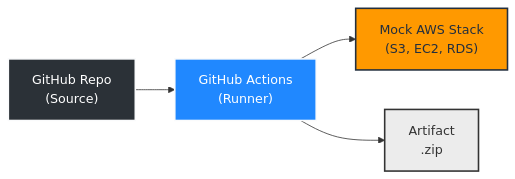
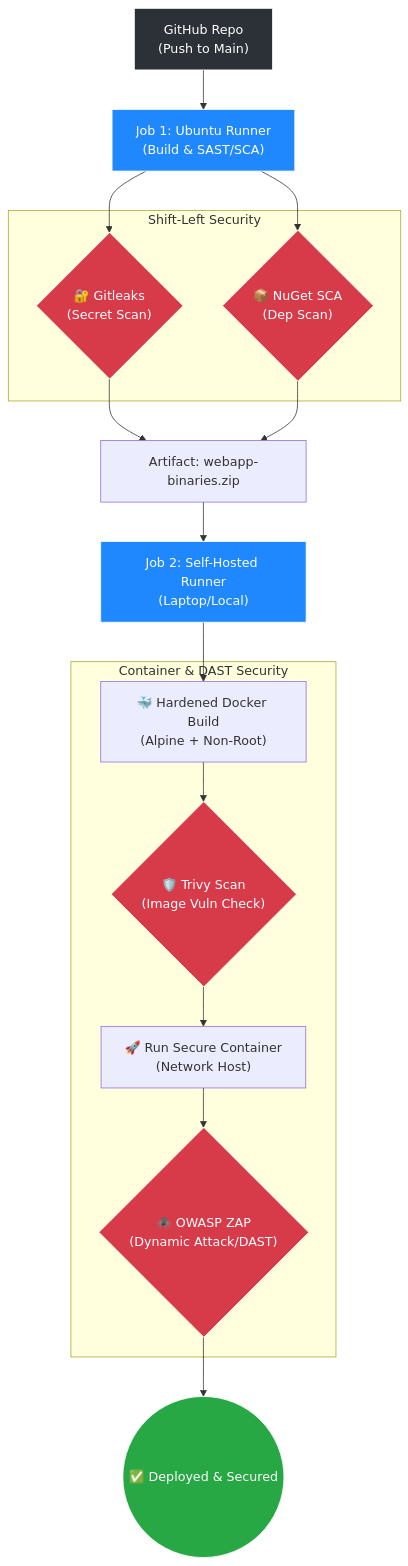
One commit to lukmanulhakimdevops/devops_practical_test_ministack-local-ci-cd-aws-mock changed the diagram in README.md. Above: the diagram before and after it, drawn with Mermaid. The commit also changed other lines of this file, not shown here.

````diff
--- a/README.md
+++ b/README.md
@@ -43,12 +38,34 @@
 ```mermaid
-flowchart LR
-    A["GitHub Repo<br>(Source)"] --> B["GitHub Actions<br>(Runner)"]
-    B --> C["Mock AWS Stack<br>(S3, EC2, RDS)"]
-    B --> D["Artifact<br>.zip"]
+flowchart TD
+    A["GitHub Repo<br>(Push to Main)"] --> B["Job 1: Ubuntu Runner<br>(Build & SAST/SCA)"]
+    
+    subgraph Security_Layer_1_2 [Shift-Left Security]
+        C{"🔐 Gitleaks<br>(Secret Scan)"} 
+        D{"📦 NuGet SCA<br>(Dep Scan)"}
+    end
+    
+    B --> C & D
+    C & D --> E["Artifact: webapp-binaries.zip"]
+    
+    E --> F["Job 2: Self-Hosted Runner<br>(Laptop/Local)"]
+    
+    subgraph Security_Layer_3_4_5 [Container & DAST Security]
+        G["🐳 Hardened Docker Build<br>(Alpine + Non-Root)"]
+        H{"🛡️ Trivy Scan<br>(Image Vuln Check)"}
+        I["🚀 Run Secure Container<br>(Network Host)"]
+        J{"🕷️ OWASP ZAP<br>(Dynamic Attack/DAST)"}
+    end
 
-    %% Styling taktis untuk visibilitas
-    style A fill:#2b3137,stroke:#fafbfc,stroke-width:2px,color:#fff
-    style B fill:#2088FF,stroke:#fafbfc,stroke-width:2px,color:#fff
-    style C fill:#FF9900,stroke:#232F3E,stroke-width:2px,color:#232F3E
-    style D fill:#ececec,stroke:#333,stroke-width:2px,color:#333
+    F --> G --> H --> I --> J
+    J --> K(("✅ Deployed & Secured"))
+
+    %% Styling
+    style A fill:#2b3137,stroke:#fafbfc,color:#fff
+    style B fill:#2088FF,stroke:#fafbfc,color:#fff
+    style F fill:#2088FF,stroke:#fafbfc,color:#fff
+    style C fill:#d73a49,stroke:#fff,color:#fff
+    style D fill:#d73a49,stroke:#fff,color:#fff
+    style H fill:#d73a49,stroke:#fff,color:#fff
+    style J fill:#d73a49,stroke:#fff,color:#fff
+    style K fill:#28a745,stroke:#fff,color:#fff
 ```
````
